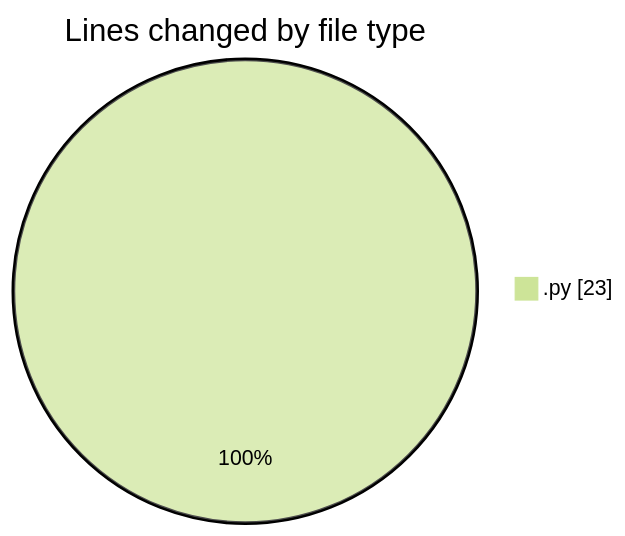
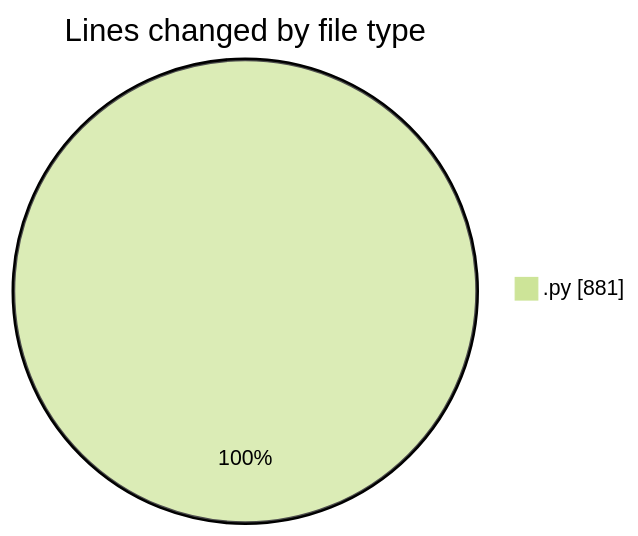
One commit to momahboobian/code-tracking changed the first of 2 diagrams in 2025-05-06/samplepdf/README.md. Above: the diagram before and after it, drawn with Mermaid (forest theme). The commit also changed other lines of this file and 1 other file, not shown here.

````diff
--- a/2025-05-06/samplepdf/README.md
+++ b/2025-05-06/samplepdf/README.md
@@ -20,5 +31,5 @@
 ```mermaid
 pie showData
 title Lines changed by file type
-".py" : 23
+".py" : 881
 ```
````
